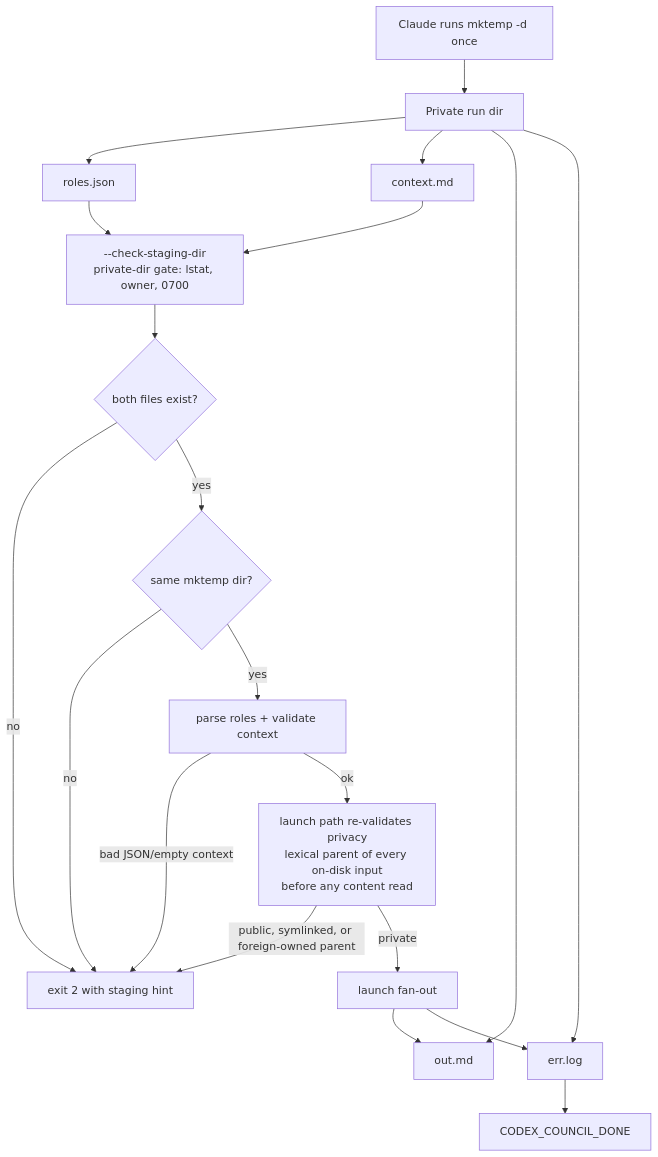
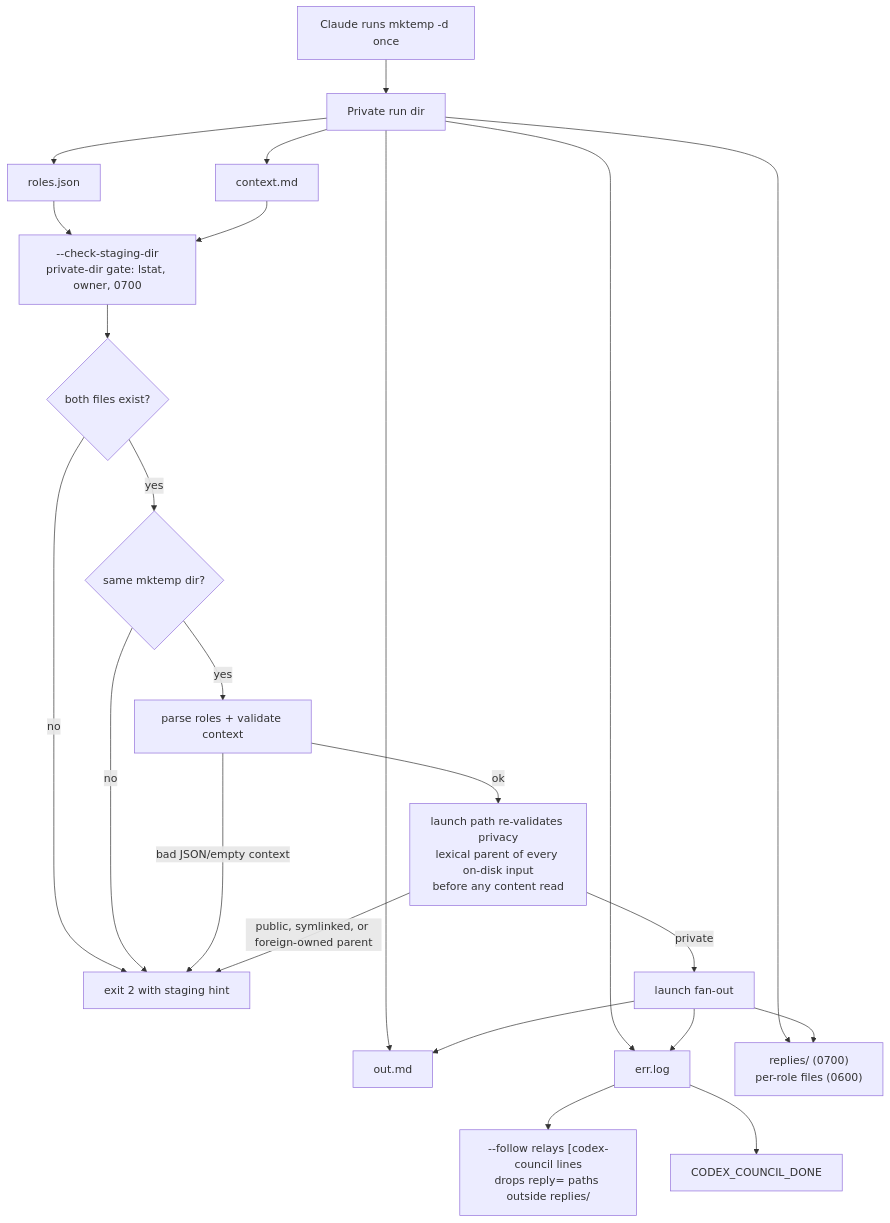
The second of 3 diagrams in DESIGN.md (ehzawad/codex-council), drawn with Mermaid before and after one commit. The commit also changed other lines of this file and 1 other file, not shown here.

Commit message:
Refresh README/DESIGN diagrams for v0.10.0: follower, reply files, per-role model/effort, task-notification finalization

````diff
--- a/DESIGN.md
+++ b/DESIGN.md
@@ -262,24 +270,27 @@
 ```mermaid
 flowchart TD
     Mktemp["Claude runs mktemp -d once"] --> Rundir["Private run dir"]
     Rundir --> Roles["roles.json"]
     Rundir --> Context["context.md"]
     Rundir --> Out["out.md"]
     Rundir --> Err["err.log"]
+    Rundir --> Replies["replies/ (0700)<br/>per-role files (0600)"]
 
     Roles --> Preflight["--check-staging-dir<br/>private-dir gate: lstat, owner, 0700"]
     Context --> Preflight
     Preflight --> Exists{"both files exist?"}
     Exists -->|no| StageError["exit 2 with staging hint"]
     Exists -->|yes| SameDir{"same mktemp dir?"}
     SameDir -->|no| StageError
     SameDir -->|yes| Parse["parse roles + validate context"]
     Parse -->|bad JSON/empty context| StageError
     Parse -->|ok| LaunchGate["launch path re-validates privacy<br/>lexical parent of every on-disk input<br/>before any content read"]
     LaunchGate -->|"public, symlinked, or foreign-owned parent"| StageError
     LaunchGate -->|private| Launch["launch fan-out"]
 
+    Launch --> Replies
     Launch --> Out
     Launch --> Err
+    Err --> Follow["--follow relays [codex-council lines<br/>drops reply= paths outside replies/"]
     Err --> Sentinel["CODEX_COUNCIL_DONE"]
 ```
````
